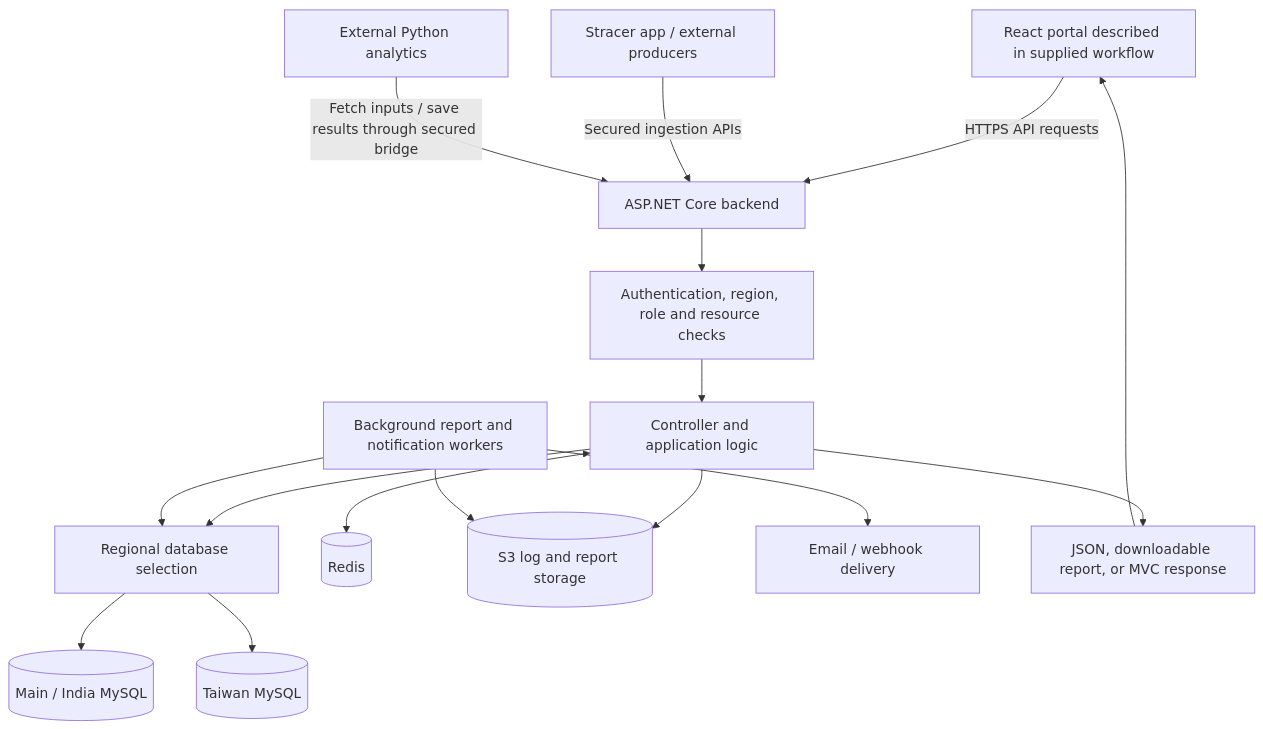
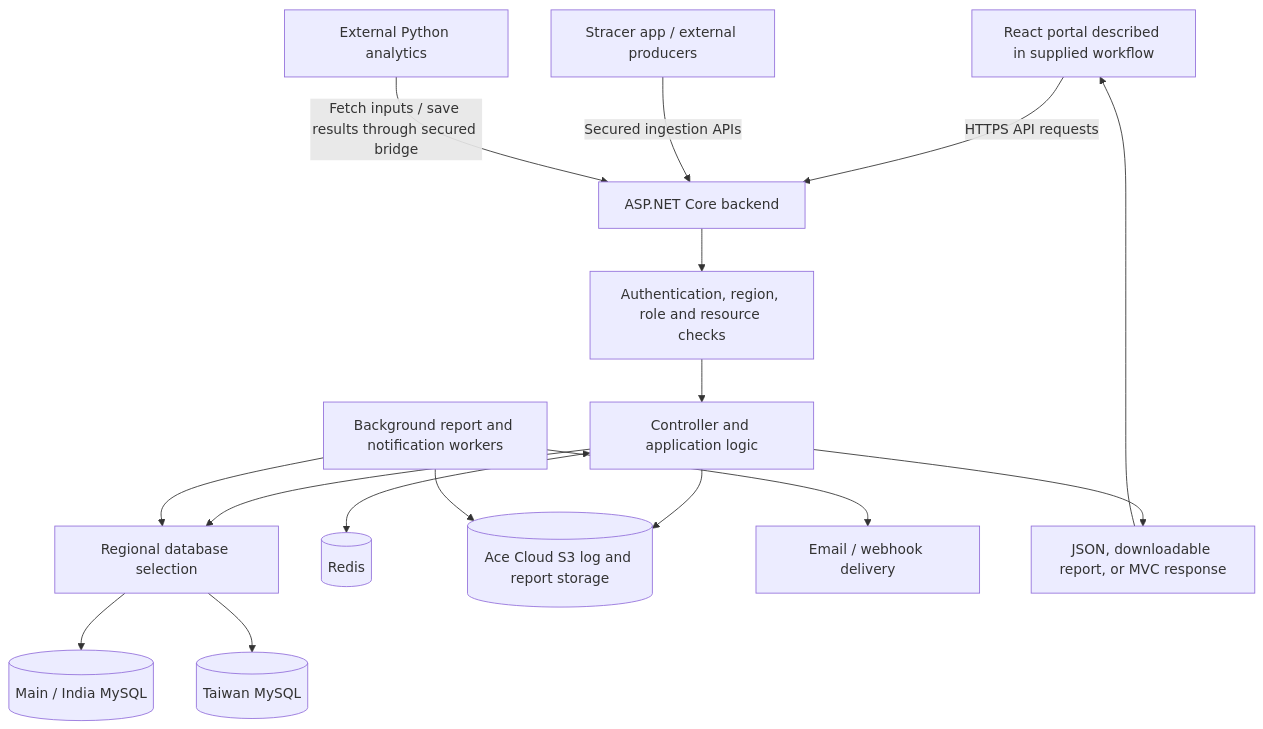
Before and after one commit to Adithakur954/Signal-Trackers-App: the diagram in docs/backend-architecture-flow.md, drawn with Mermaid. The commit also changed other lines of this file and 20 other files, not shown here.

````diff
--- a/docs/backend-architecture-flow.md
+++ b/docs/backend-architecture-flow.md
@@ -69,18 +69,18 @@
 ```mermaid
 flowchart TD
     UI[React portal described in supplied workflow] -->|HTTPS API requests| API[ASP.NET Core backend]
     APP[Stracer app / external producers] -->|Secured ingestion APIs| API
     API --> SEC[Authentication, region, role and resource checks]
     SEC --> CTRL[Controller and application logic]
     CTRL --> DB[Regional database selection]
     DB --> IN[(Main / India MySQL)]
     DB --> TW[(Taiwan MySQL)]
     CTRL <--> CACHE[(Redis)]
     PY[External Python analytics] -->|Fetch inputs / save results through secured bridge| API
-    CTRL --> STORE[(S3 log and report storage)]
+    CTRL --> STORE[(Ace Cloud S3 log and report storage)]
     WORK[Background report and notification workers] --> STORE
     WORK --> DB
     WORK --> MAIL[Email / webhook delivery]
     CTRL --> RESP[JSON, downloadable report, or MVC response]
     RESP --> UI
 ```
````
